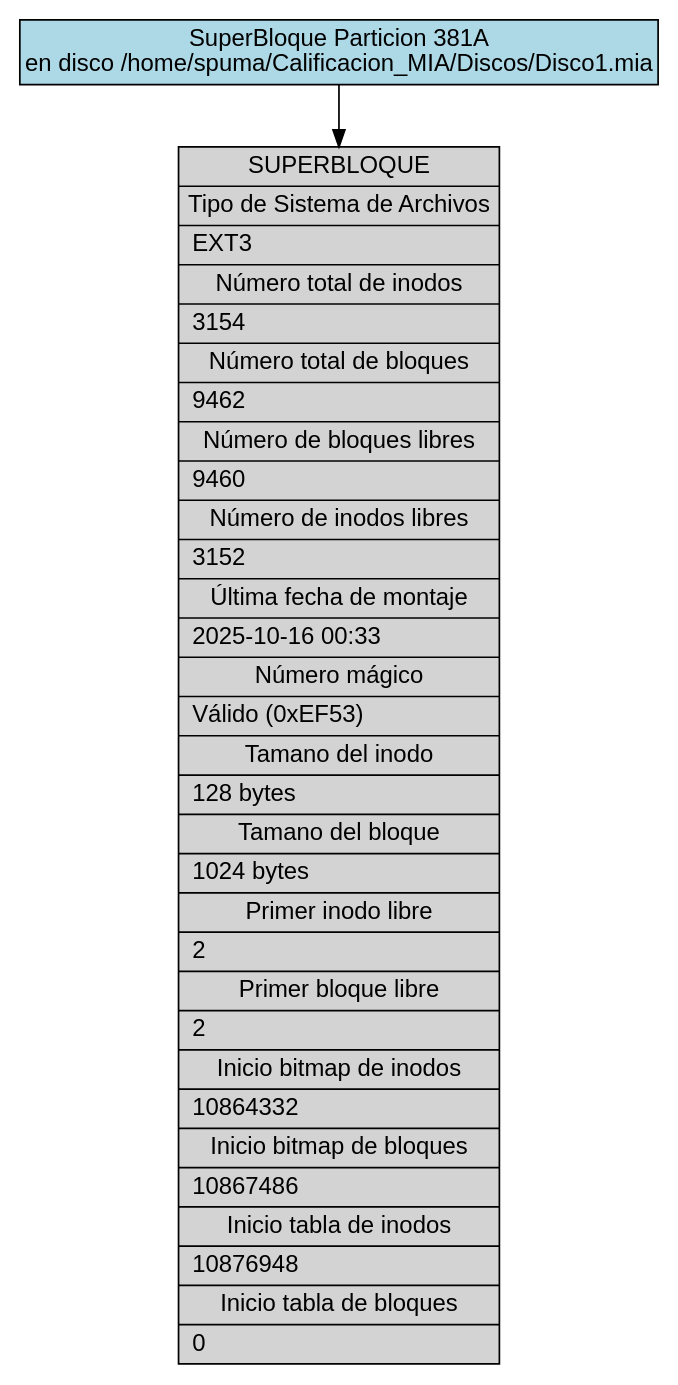
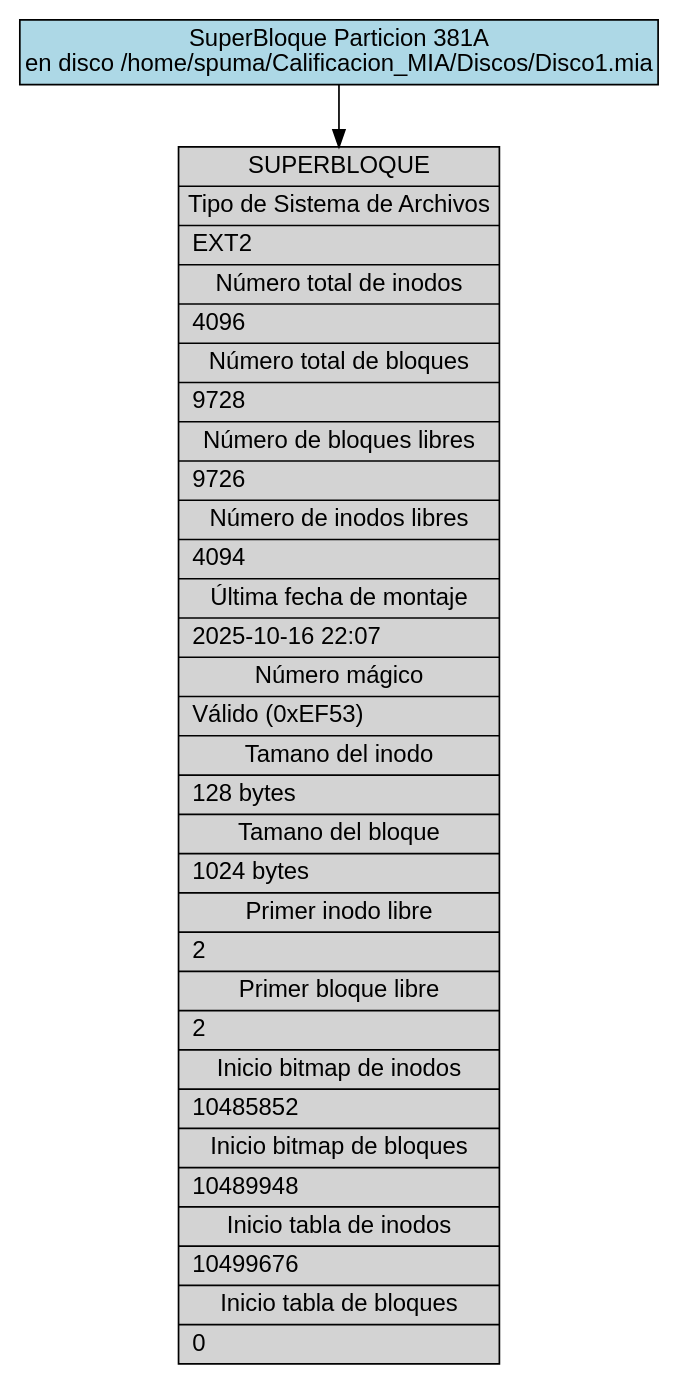
One commit to DiegVas/MIA_2S2025_P2_202300638 changed the diagram in backend/provider/reports/src/sb_381A.dot. Above: the diagram before and after it, drawn with Graphviz. The commit also changed 4 other files, not shown here.

```diff
--- a/backend/provider/reports/src/sb_381A.dot
+++ b/backend/provider/reports/src/sb_381A.dot
@@ -1,13 +1,13 @@
 digraph Superblock_Report {
     rankdir=TB;
     node [shape=record, fontname="Arial"];
     edge [fontname="Arial"];
     graph [fontname="Arial"];
 
     title [label="SuperBloque Particion 381A\nen disco /home/spuma/Calificacion_MIA/Discos/Disco1.mia", shape=box, style=filled, fillcolor=lightblue];
 
-    superblock [label="{SUPERBLOQUE|Tipo de Sistema de Archivos|EXT3\l|Número total de inodos|3154\l|Número total de bloques|9462\l|Número de bloques libres|9460\l|Número de inodos libres|3152\l|Última fecha de montaje|2025-10-16 00:33\l|Número mágico|Válido (0xEF53)\l|Tamano del inodo|128 bytes\l|Tamano del bloque|1024 bytes\l|Primer inodo libre|2\l|Primer bloque libre|2\l|Inicio bitmap de inodos|10864332\l|Inicio bitmap de bloques|10867486\l|Inicio tabla de inodos|10876948\l|Inicio tabla de bloques|0\l}", style=filled, fillcolor=lightgray];
+    superblock [label="{SUPERBLOQUE|Tipo de Sistema de Archivos|EXT2\l|Número total de inodos|4096\l|Número total de bloques|9728\l|Número de bloques libres|9726\l|Número de inodos libres|4094\l|Última fecha de montaje|2025-10-16 22:07\l|Número mágico|Válido (0xEF53)\l|Tamano del inodo|128 bytes\l|Tamano del bloque|1024 bytes\l|Primer inodo libre|2\l|Primer bloque libre|2\l|Inicio bitmap de inodos|10485852\l|Inicio bitmap de bloques|10489948\l|Inicio tabla de inodos|10499676\l|Inicio tabla de bloques|0\l}", style=filled, fillcolor=lightgray];
 
     title -> superblock;
 
 }
```
